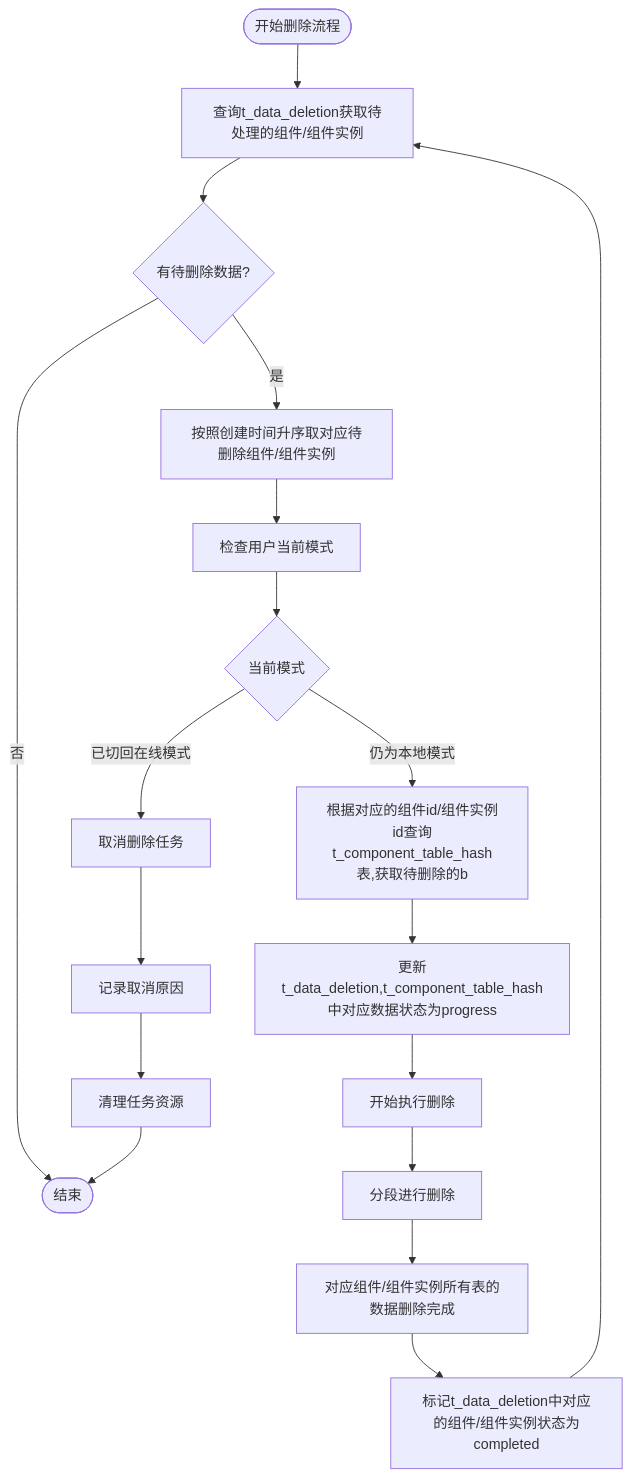
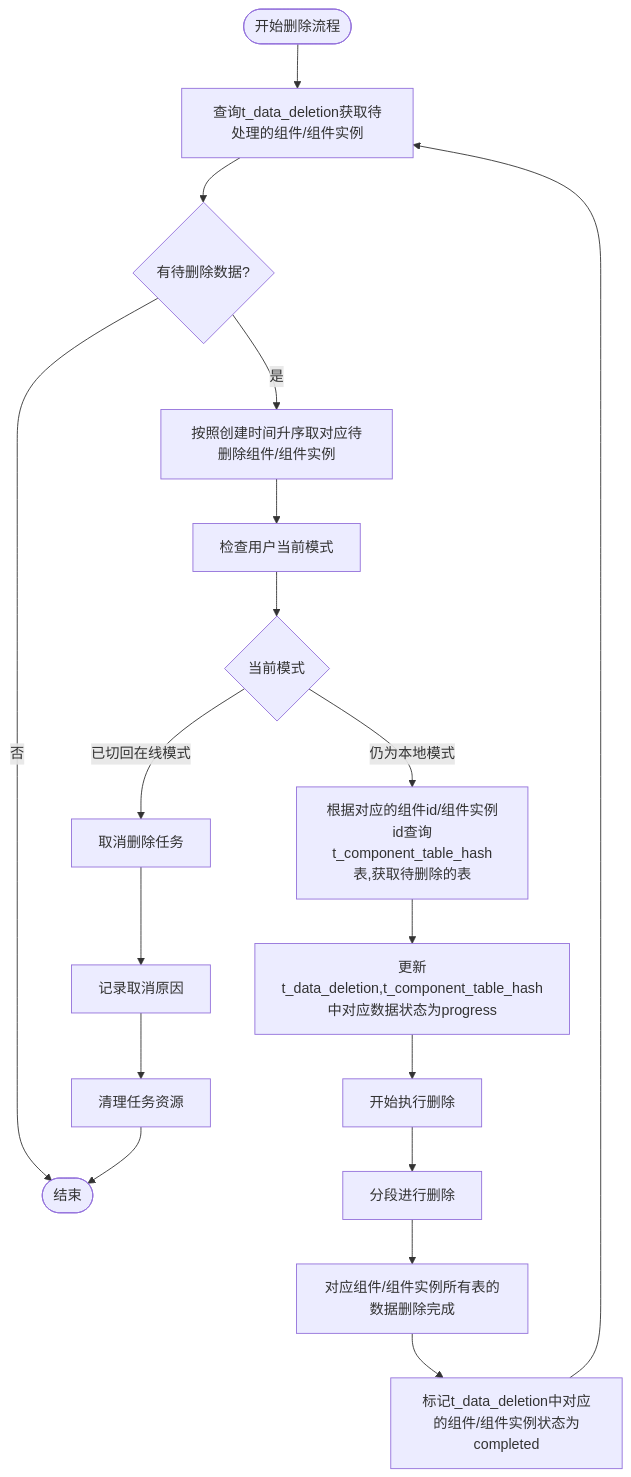
Before and after one commit to yingjianzh/iodraw-files: the diagram in all/未命名-51.md, drawn with Mermaid.

Commit message:
2025-05-08 15:48:24 update

````diff
--- a/all/未命名-51.md
+++ b/all/未命名-51.md
@@ -1,28 +1,28 @@
 ```mermaid
 flowchart TD
     Start([开始删除流程]) --> FetchTasks[查询t_data_deletion获取待处理的组件/组件实例]
     FetchTasks --> HasTasks{有待删除数据?}
     
     HasTasks -->|否| End([结束])
     HasTasks -->|是| PrioritizeTasks[按照创建时间升序取对应待删除组件/组件实例]
     
     PrioritizeTasks --> CheckUserMode[检查用户当前模式]
     
     CheckUserMode --> CurrentMode{当前模式}
     CurrentMode -->|已切回在线模式| TaskCancel[取消删除任务]
-    CurrentMode -->|仍为本地模式| LockTask[根据对应的组件id/组件实例id查询t_component_table_hash表,获取待删除的b]
+    CurrentMode -->|仍为本地模式| LockTask[根据对应的组件id/组件实例id查询t_component_table_hash表,获取待删除的表]
     
     LockTask --> UpdateStatus[更新t_data_deletion,t_component_table_hash中对应数据状态为progress]
     UpdateStatus --> BeginDeletion[开始执行删除]
     
     BeginDeletion --> A[分段进行删除]
     
     A --> B[对应组件/组件实例所有表的数据删除完成]
     B --> MarkCompleted[标记t_data_deletion中对应的组件/组件实例状态为completed]
-    
+    MarkCompleted
     TaskCancel --> LogCancellation[记录取消原因]
     LogCancellation --> CleanupTask[清理任务资源]
     
     MarkCompleted --> FetchTasks
     CleanupTask --> End
 ```
````
